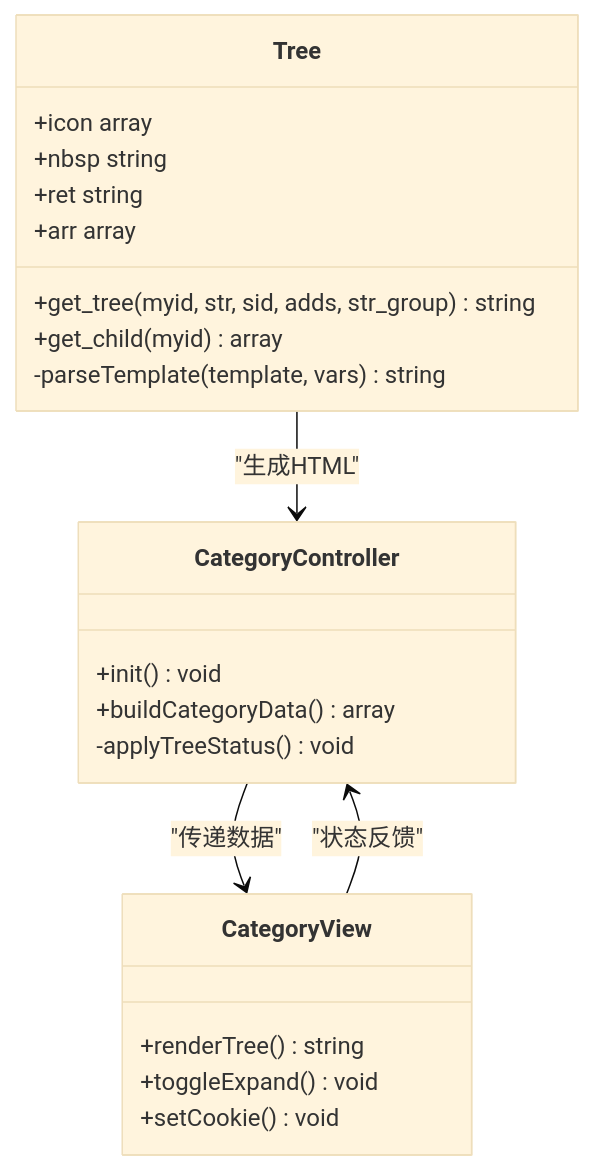
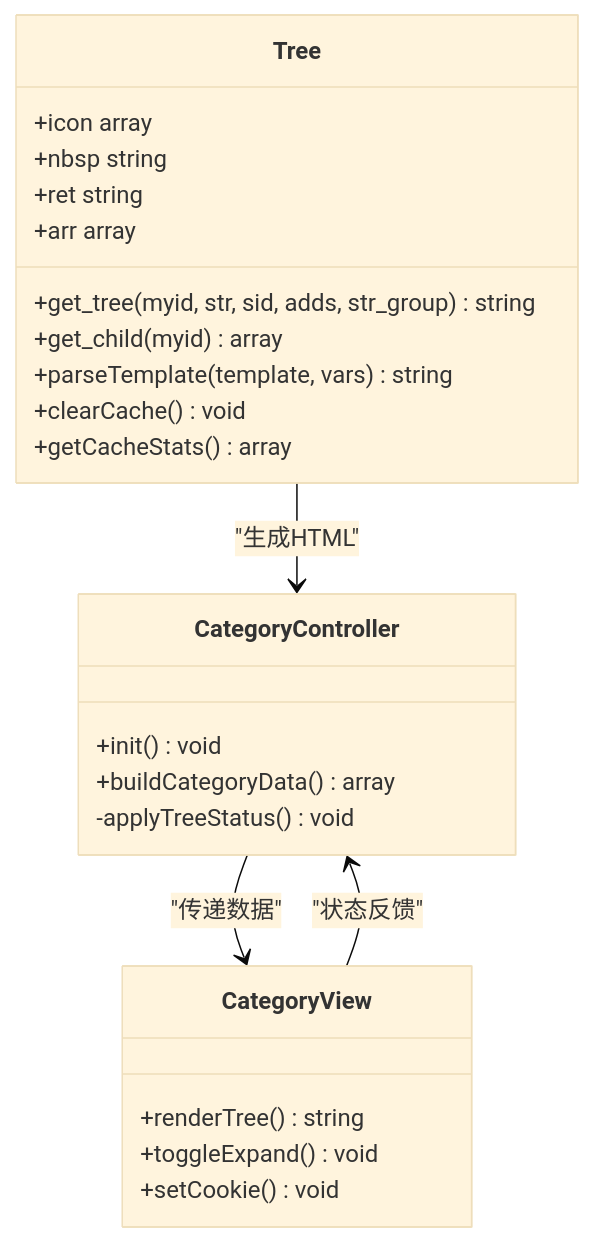
The fifth of 7 diagrams in .qoder/repowiki/zh/content/后台管理模块/分类管理/分类树形结构管理.md (lirongyaoper/lryblog.com), drawn with Mermaid (base theme) before and after one commit. The commit also changed other lines of this file and 3 other files, not shown here.

````diff
--- a/.qoder/repowiki/zh/content/后台管理模块/分类管理/分类树形结构管理.md
+++ b/.qoder/repowiki/zh/content/后台管理模块/分类管理/分类树形结构管理.md
@@ -224,25 +228,27 @@
 ```mermaid
 classDiagram
 class Tree {
 +icon array
 +nbsp string
 +ret string
 +arr array
 +get_tree(myid, str, sid, adds, str_group) string
 +get_child(myid) array
--parseTemplate(template, vars) string
++parseTemplate(template, vars) string
++clearCache() void
++getCacheStats() array
 }
 class CategoryController {
 +init() void
 +buildCategoryData() array
 -applyTreeStatus() void
 }
 class CategoryView {
 +renderTree() string
 +toggleExpand() void
 +setCookie() void
 }
 Tree --> CategoryController : "生成HTML"
 CategoryController --> CategoryView : "传递数据"
 CategoryView --> CategoryController : "状态反馈"
 ```
````
